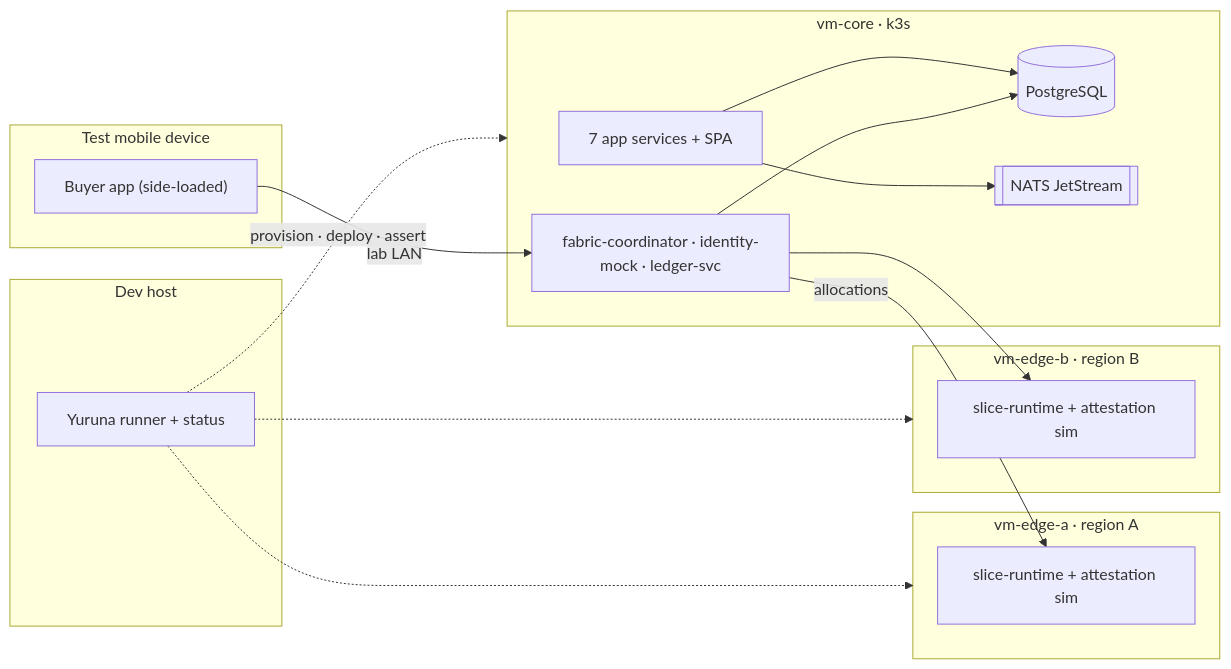
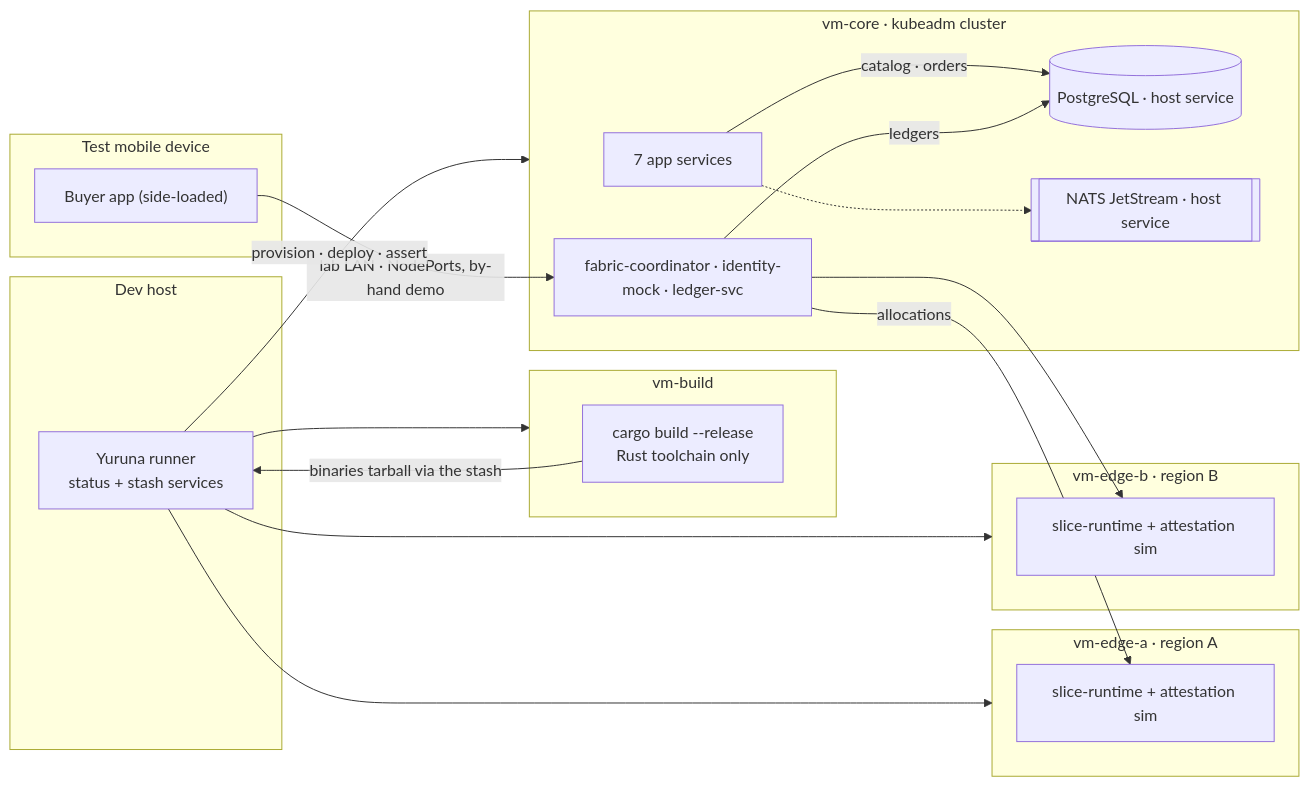
The second of 2 diagrams in plan/design/01-overview.md (alius-git/amisad.dev), drawn with Mermaid before and after one commit. The commit also changed other lines of this file and 19 other files, not shown here.

````diff
--- a/plan/design/01-overview.md
+++ b/plan/design/01-overview.md
@@ -42,31 +45,36 @@
 ```mermaid
 flowchart LR
     subgraph host["Dev host"]
-        runner["Yuruna runner + status"]
+        runner["Yuruna runner<br/>status + stash services"]
     end
-    subgraph vmcore["vm-core · k3s"]
-        apps["7 app services + SPA"]
+    subgraph vmbuild["vm-build"]
+        compile["cargo build --release<br/>Rust toolchain only"]
+    end
+    subgraph vmcore["vm-core · kubeadm cluster"]
+        apps["7 app services"]
         foundations["fabric-coordinator · identity-mock · ledger-svc"]
-        pg[("PostgreSQL")]
-        nats[["NATS JetStream"]]
+        pg[("PostgreSQL · host service")]
+        nats[["NATS JetStream · host service"]]
     end
     subgraph vmedgea["vm-edge-a · region A"]
         rta["slice-runtime + attestation sim"]
     end
     subgraph vmedgeb["vm-edge-b · region B"]
         rtb["slice-runtime + attestation sim"]
     end
     subgraph device["Test mobile device"]
         flutter["Buyer app (side-loaded)"]
     end
 
-    runner -.->|"provision · deploy · assert"| vmcore
-    runner -.-> vmedgea
-    runner -.-> vmedgeb
-    flutter -->|"lab LAN"| foundations
+    runner -->|"provision · deploy · assert"| vmcore
+    runner --> vmbuild
+    runner --> vmedgea
+    runner --> vmedgeb
+    compile -->|"binaries tarball via the stash"| runner
+    flutter -->|"lab LAN · NodePorts, by-hand demo"| foundations
     foundations -->|"allocations"| rta
     foundations --> rtb
-    apps --> pg
-    apps --> nats
-    foundations --> pg
+    apps -->|"catalog · orders"| pg
+    foundations -->|"ledgers"| pg
+    apps -.-> nats
 ```
````
